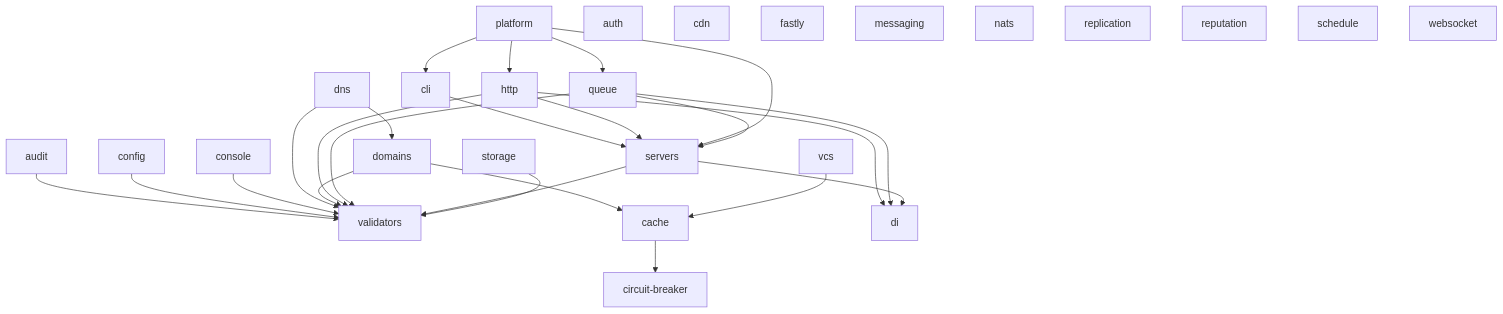
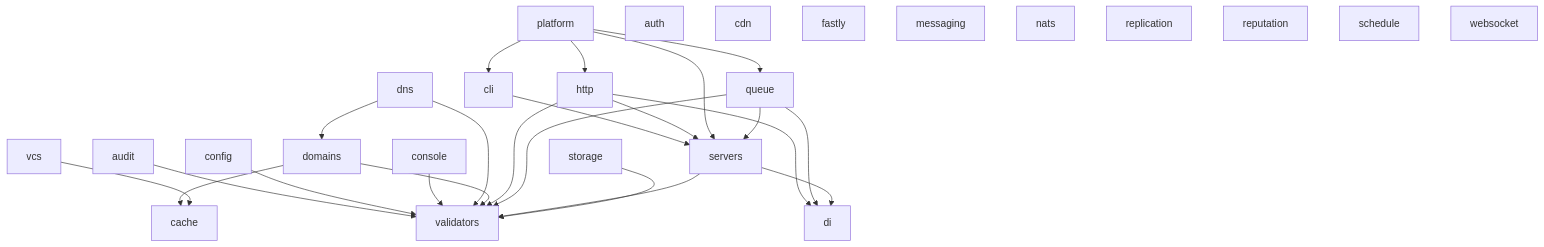
Before and after one commit to Neekoras/monorepo: the diagram in README.md, drawn with Mermaid. The commit also changed other lines of this file and 32 other files, not shown here.

First line of the commit message:
chore: retire circuit-breaker after its move to Appwrite

````diff
--- a/README.md
+++ b/README.md
@@ -52,35 +52,34 @@
 ```mermaid
 graph TD
     audit --> validators
-    cache --> circuit-breaker
     cli --> servers
     config --> validators
     console --> validators
     dns --> validators
     dns --> domains
     domains --> validators
     domains --> cache
     http --> di
     http --> servers
     http --> validators
     platform --> cli
     platform --> http
     platform --> queue
     platform --> servers
     queue --> di
     queue --> servers
     queue --> validators
     servers --> di
     servers --> validators
     storage --> validators
     vcs --> cache
     auth
     cdn
     fastly
     messaging
     nats
     replication
     reputation
     schedule
     websocket
 ```
````
